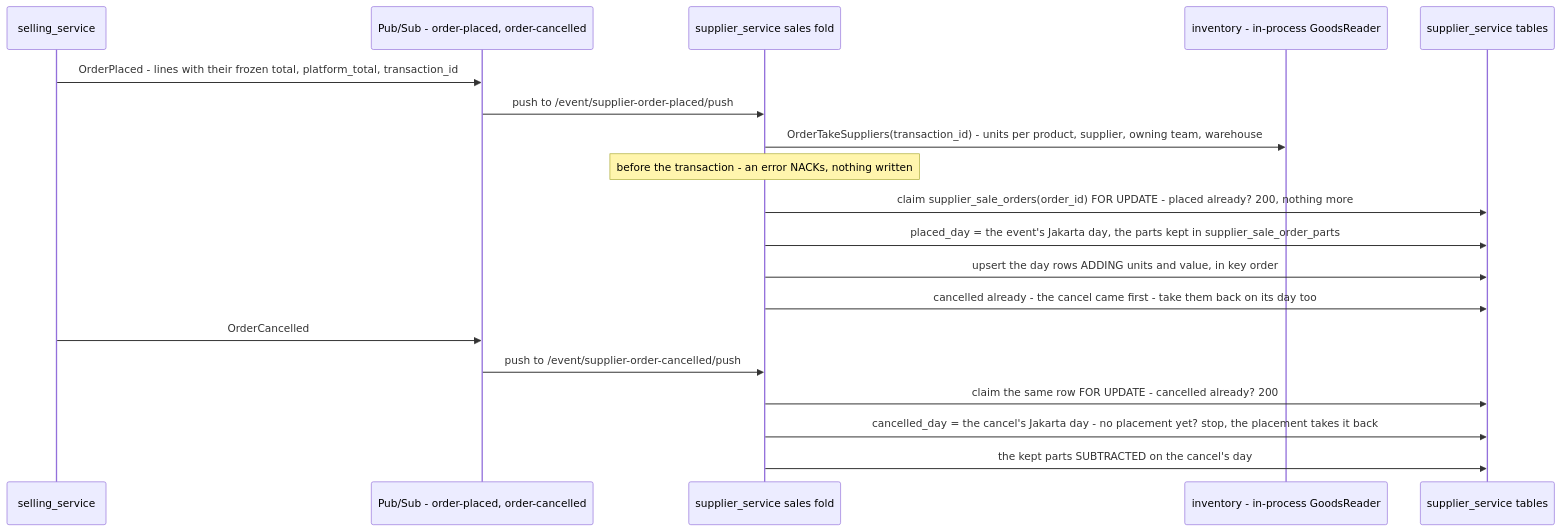
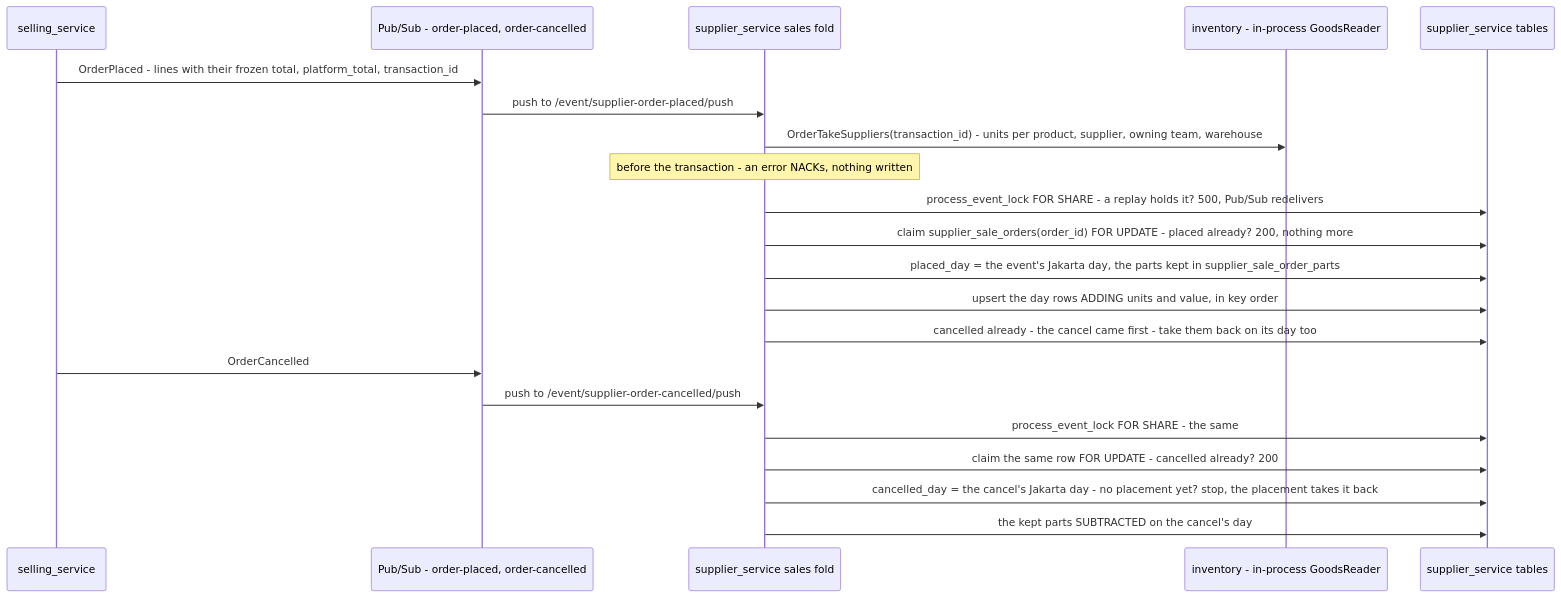
Before and after one commit to pdcgo/warehouse_revamp: the sixth of 14 diagrams in docs/services/supplier_service/rpc.md, drawn with Mermaid. The commit also changed other lines of this file and 686 other files, not shown here.

````diff
--- a/docs/services/supplier_service/rpc.md
+++ b/docs/services/supplier_service/rpc.md
@@ -244,21 +249,23 @@
 ```mermaid
 sequenceDiagram
   participant SEL as selling_service
   participant PS as Pub/Sub - order-placed, order-cancelled
   participant W as supplier_service sales fold
   participant INV as inventory - in-process GoodsReader
   participant DB as supplier_service tables
   SEL->>PS: OrderPlaced - lines with their frozen total, platform_total, transaction_id
   PS->>W: push to /event/supplier-order-placed/push
   W->>INV: OrderTakeSuppliers(transaction_id) - units per product, supplier, owning team, warehouse
   Note over W: before the transaction - an error NACKs, nothing written
+  W->>DB: process_event_lock FOR SHARE - a replay holds it? 500, Pub/Sub redelivers
   W->>DB: claim supplier_sale_orders(order_id) FOR UPDATE - placed already? 200, nothing more
   W->>DB: placed_day = the event's Jakarta day, the parts kept in supplier_sale_order_parts
   W->>DB: upsert the day rows ADDING units and value, in key order
   W->>DB: cancelled already - the cancel came first - take them back on its day too
   SEL->>PS: OrderCancelled
   PS->>W: push to /event/supplier-order-cancelled/push
+  W->>DB: process_event_lock FOR SHARE - the same
   W->>DB: claim the same row FOR UPDATE - cancelled already? 200
   W->>DB: cancelled_day = the cancel's Jakarta day - no placement yet? stop, the placement takes it back
   W->>DB: the kept parts SUBTRACTED on the cancel's day
 ```
````
